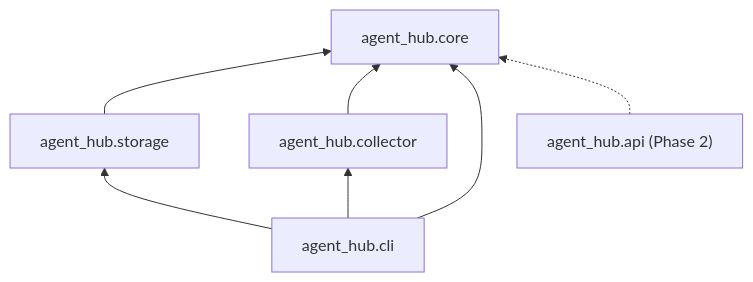
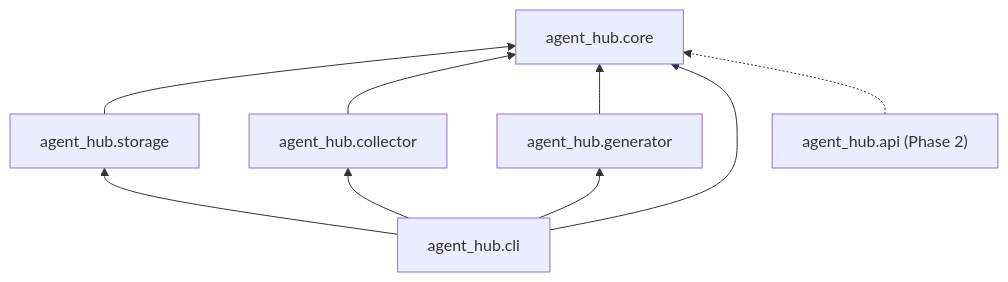
One commit to jroquette/agent-hub changed the first of 2 diagrams in docs/ARCHITECTURE.md. Above: the diagram before and after it, drawn with Mermaid. The commit also changed other lines of this file and 4 other files, not shown here.

First line of the commit message:
docs(generator): the generator package in SPEC and architecture

````diff
--- a/docs/ARCHITECTURE.md
+++ b/docs/ARCHITECTURE.md
@@ -53,9 +55,11 @@
 ```mermaid
 flowchart BT
   storage[agent_hub.storage] --> core[agent_hub.core]
   collector[agent_hub.collector] --> core
+  generator[agent_hub.generator] --> core
   cli[agent_hub.cli] --> core
   cli --> storage
   cli --> collector
+  cli --> generator
   api["agent_hub.api (Phase 2)"] -.-> core
 ```
````
